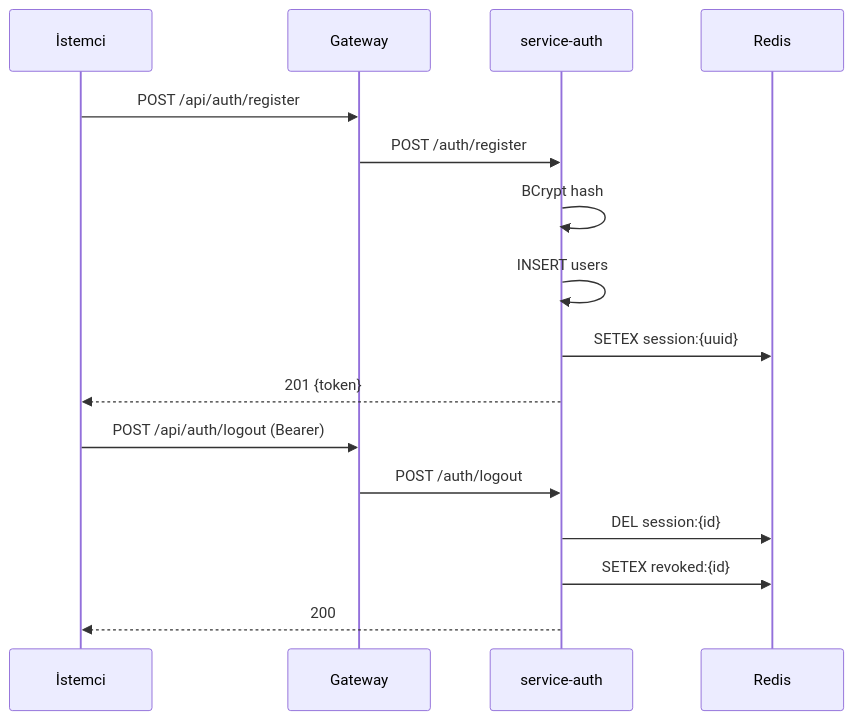
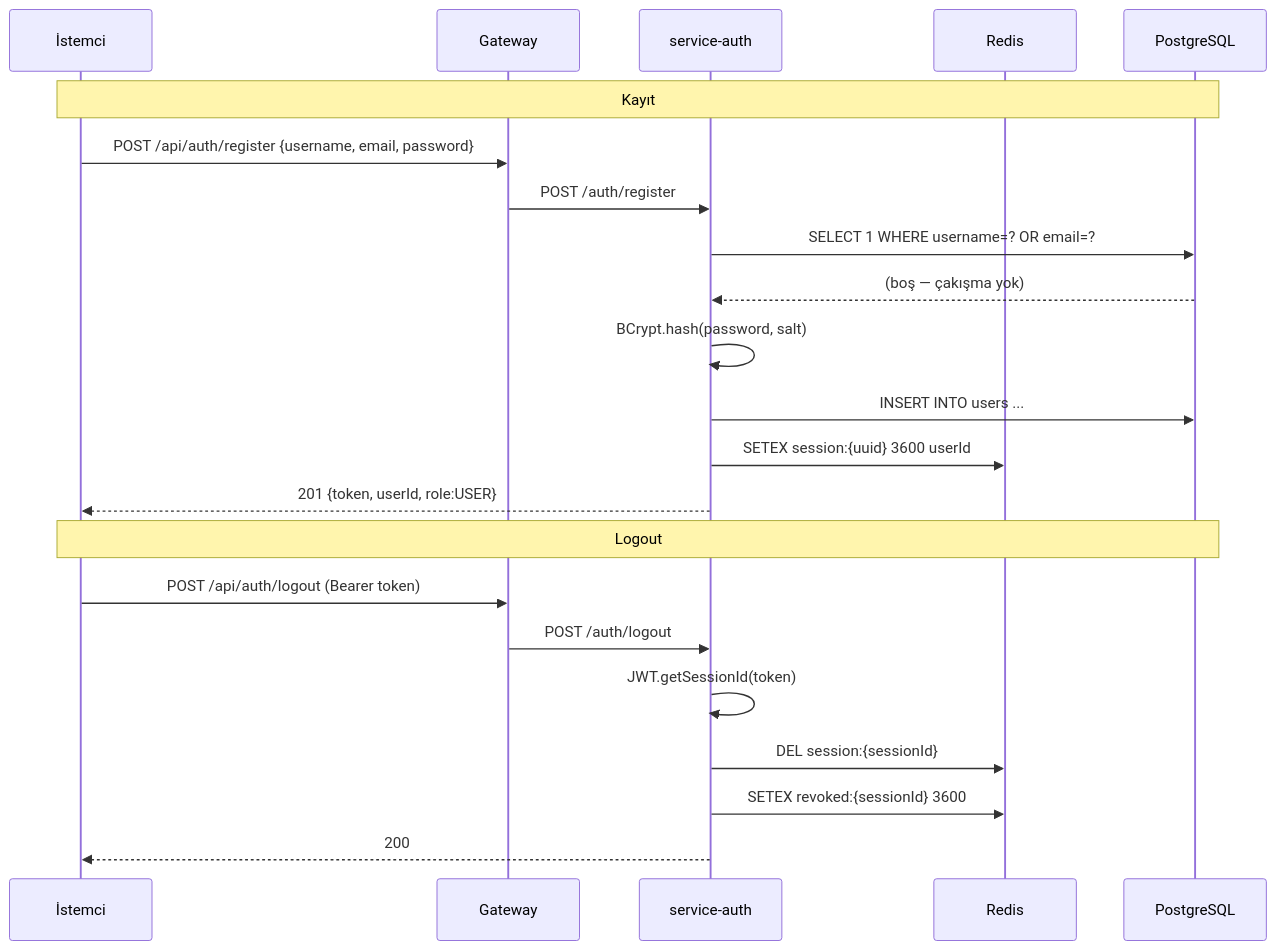
One commit to Sayicon/ileri_java_final changed the third of 4 diagrams in README.md. Above: the diagram before and after it, drawn with Mermaid. The commit also changed other lines of this file, not shown here.

````diff
--- a/README.md
+++ b/README.md
@@ -83,20 +170,26 @@
 ```mermaid
 sequenceDiagram
     participant C as İstemci
     participant G as Gateway
     participant A as service-auth
     participant R as Redis
+    participant DB as PostgreSQL
 
-    C->>G: POST /api/auth/register
+    Note over C,DB: Kayıt
+    C->>G: POST /api/auth/register {username, email, password}
     G->>A: POST /auth/register
-    A->>A: BCrypt hash
-    A->>A: INSERT users
-    A->>R: SETEX session:{uuid}
-    A-->>C: 201 {token}
+    A->>DB: SELECT 1 WHERE username=? OR email=?
+    DB-->>A: (boş — çakışma yok)
+    A->>A: BCrypt.hash(password, salt)
+    A->>DB: INSERT INTO users ...
+    A->>R: SETEX session:{uuid} 3600 userId
+    A-->>C: 201 {token, userId, role:USER}
 
-    C->>G: POST /api/auth/logout (Bearer)
+    Note over C,DB: Logout
+    C->>G: POST /api/auth/logout (Bearer token)
     G->>A: POST /auth/logout
-    A->>R: DEL session:{id}
-    A->>R: SETEX revoked:{id}
+    A->>A: JWT.getSessionId(token)
+    A->>R: DEL session:{sessionId}
+    A->>R: SETEX revoked:{sessionId} 3600
     A-->>C: 200
 ```
````
